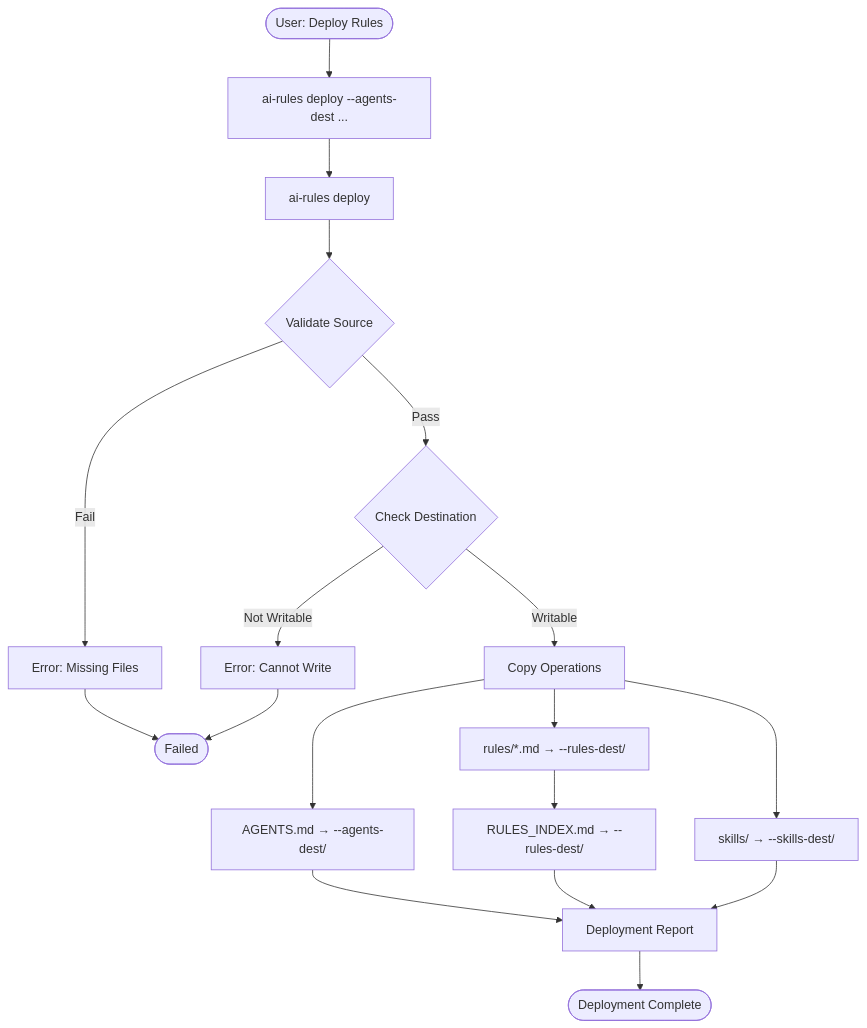
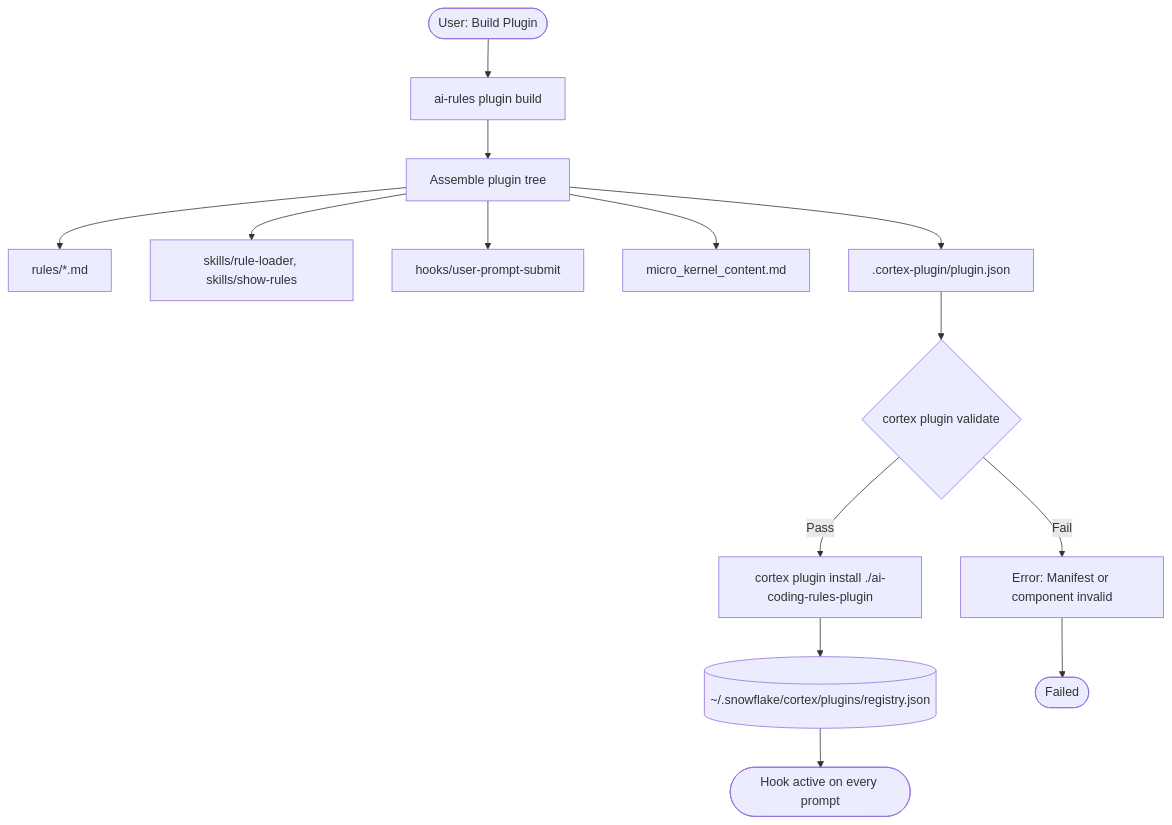
Before and after one commit to sfc-gh-myoung/ai_coding_rules: the second of 2 diagrams in docs/ARCHITECTURE.md, drawn with Mermaid. The commit also changed other lines of this file and 31 other files, not shown here.

````diff
--- a/docs/ARCHITECTURE.md
+++ b/docs/ARCHITECTURE.md
@@ -446,21 +410,17 @@
 ```mermaid
 flowchart TD
-    Start([User: Deploy Rules]) --> Command
-    Command["ai-rules deploy --agents-dest ..."] --> Deployer
-    Deployer[ai-rules deploy] --> Validate{Validate Source}
-    Validate -->|Fail| Error[Error: Missing Files]
-    Validate -->|Pass| CheckDest{Check Destination}
-    CheckDest -->|Not Writable| Error2[Error: Cannot Write]
-    CheckDest -->|Writable| Copy
-    Copy[Copy Operations] --> CopyAgents[AGENTS.md → --agents-dest/]
-    Copy --> CopyRules[rules/*.md → --rules-dest/]
-    CopyRules --> CopyIndex[RULES_INDEX.md → --rules-dest/]
-    Copy --> CopySkills[skills/ → --skills-dest/]
-    CopyAgents --> Report[Deployment Report]
-    CopyIndex --> Report
-    CopySkills --> Report
-    Report --> Success([Deployment Complete])
+    Start([User: Build Plugin]) --> Command
+    Command["ai-rules plugin build"] --> Assemble
+    Assemble[Assemble plugin tree] --> CopyRules[rules/*.md]
+    Assemble --> CopySkills[skills/rule-loader, skills/show-rules]
+    Assemble --> CopyHook[hooks/user-prompt-submit]
+    Assemble --> CopyKernel[micro_kernel_content.md]
+    Assemble --> Manifest[.cortex-plugin/plugin.json]
+    Manifest --> Validate{cortex plugin validate}
+    Validate -->|Fail| Error[Error: Manifest or component invalid]
+    Validate -->|Pass| Install["cortex plugin install ./ai-coding-rules-plugin"]
+    Install --> Registry[(~/.snowflake/cortex/plugins/registry.json)]
+    Registry --> Active([Hook active on every prompt])
 
     Error --> End([Failed])
-    Error2 --> End
 ```
````
